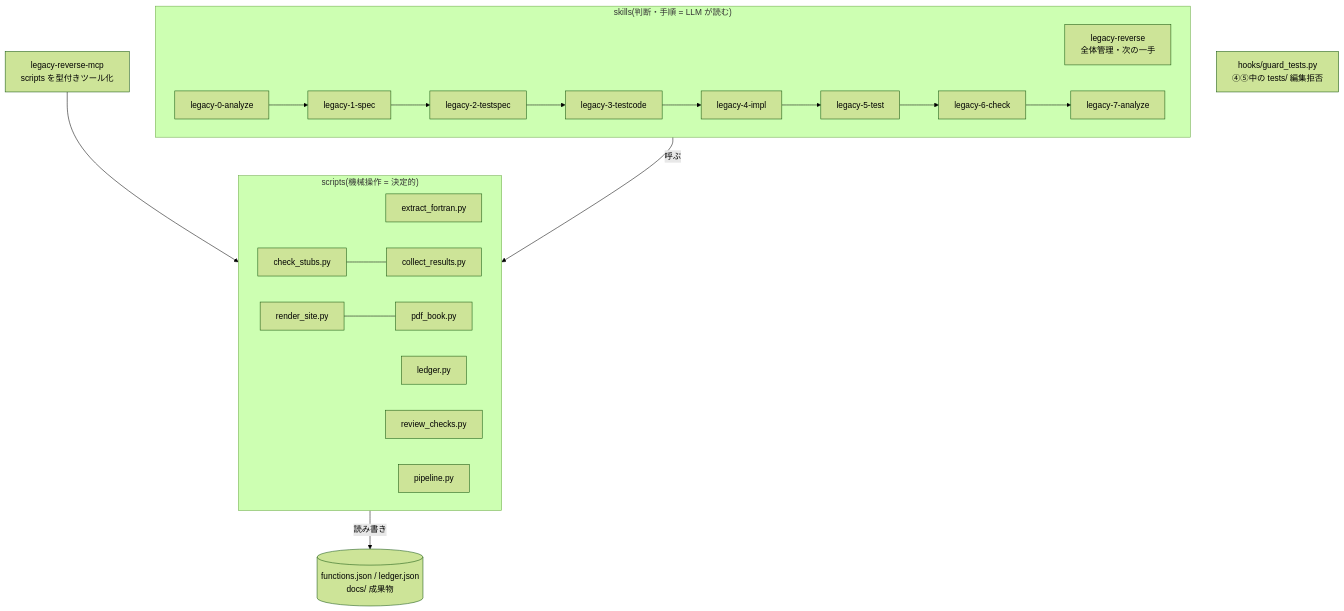
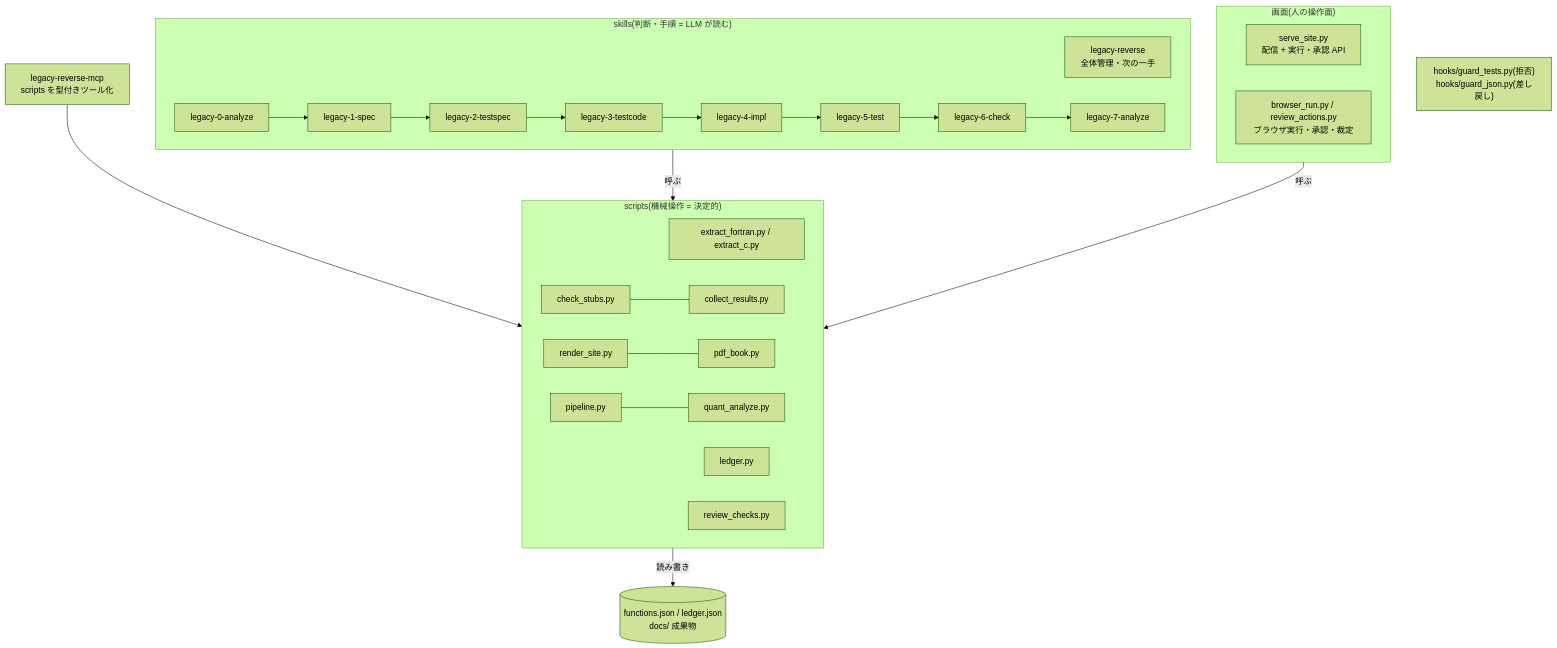
The first of 2 diagrams in docs/legacy-reverse/architecture.qmd (ctenopoma/skills), drawn with Mermaid (forest theme) before and after one commit. The commit also changed other lines of this file and 30 other files, not shown here.

````diff
--- a/docs/legacy-reverse/architecture.qmd
+++ b/docs/legacy-reverse/architecture.qmd
@@ -10,21 +11,26 @@
 ```{mermaid}
 flowchart TB
   subgraph skills["skills(判断・手順 = LLM が読む)"]
     P["legacy-reverse<br>全体管理・次の一手"]
     S0["legacy-0-analyze"] --> S1["legacy-1-spec"] --> S2["legacy-2-testspec"]
     S2 --> S3["legacy-3-testcode"] --> S4["legacy-4-impl"] --> S5["legacy-5-test"]
     S5 --> S6["legacy-6-check"] --> S7["legacy-7-analyze"]
   end
   subgraph scripts["scripts(機械操作 = 決定的)"]
-    EX["extract_fortran.py"]
+    EX["extract_fortran.py / extract_c.py"]
     LG["ledger.py"]
     RV["review_checks.py"]
     CS["check_stubs.py"] --- CR["collect_results.py"]
     RS["render_site.py"] --- PB["pdf_book.py"]
-    PL["pipeline.py"]
+    PL["pipeline.py"] --- QA["quant_analyze.py"]
+  end
+  subgraph ui["画面(人の操作面)"]
+    SS["serve_site.py<br>配信 + 実行・承認 API"]
+    BR["browser_run.py / review_actions.py<br>ブラウザ実行・承認・裁定"]
   end
   MCP["legacy-reverse-mcp<br>scripts を型付きツール化"] --> scripts
-  HK["hooks/guard_tests.py<br>④⑤中の tests/ 編集拒否"]
+  HK["hooks/guard_tests.py(拒否)<br>hooks/guard_json.py(差し戻し)"]
   skills -->|呼ぶ| scripts
+  ui -->|呼ぶ| scripts
   scripts -->|読み書き| DATA[("functions.json / ledger.json<br>docs/ 成果物")]
 ```
````
